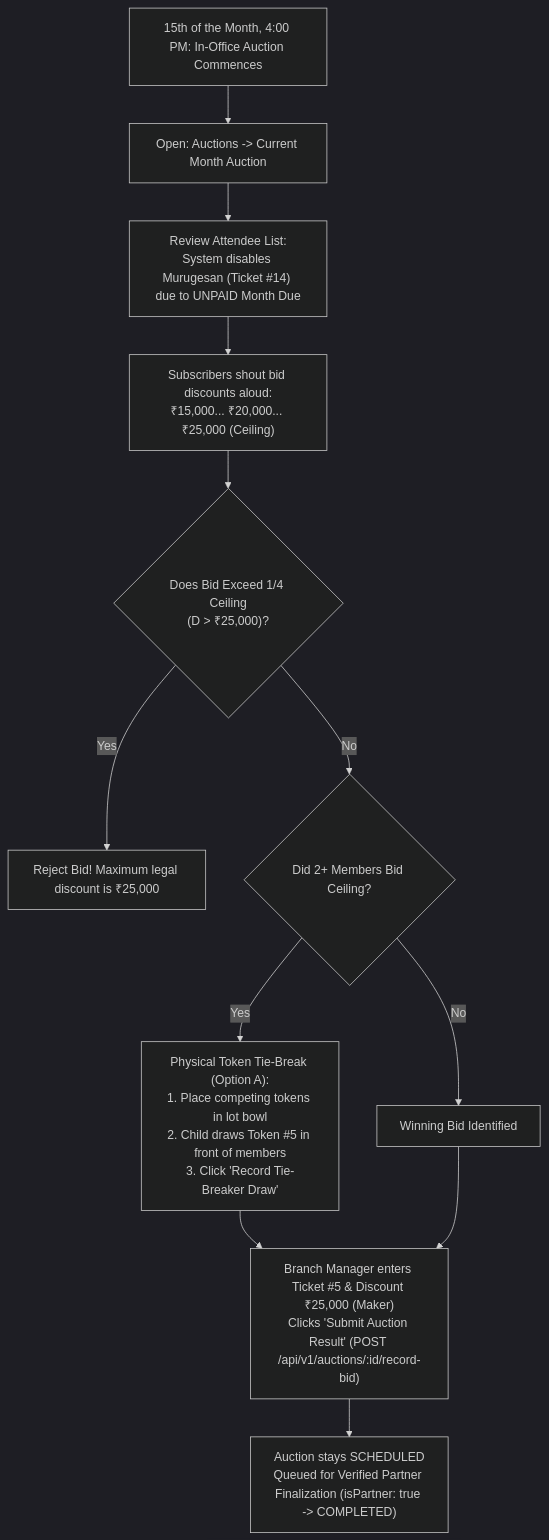
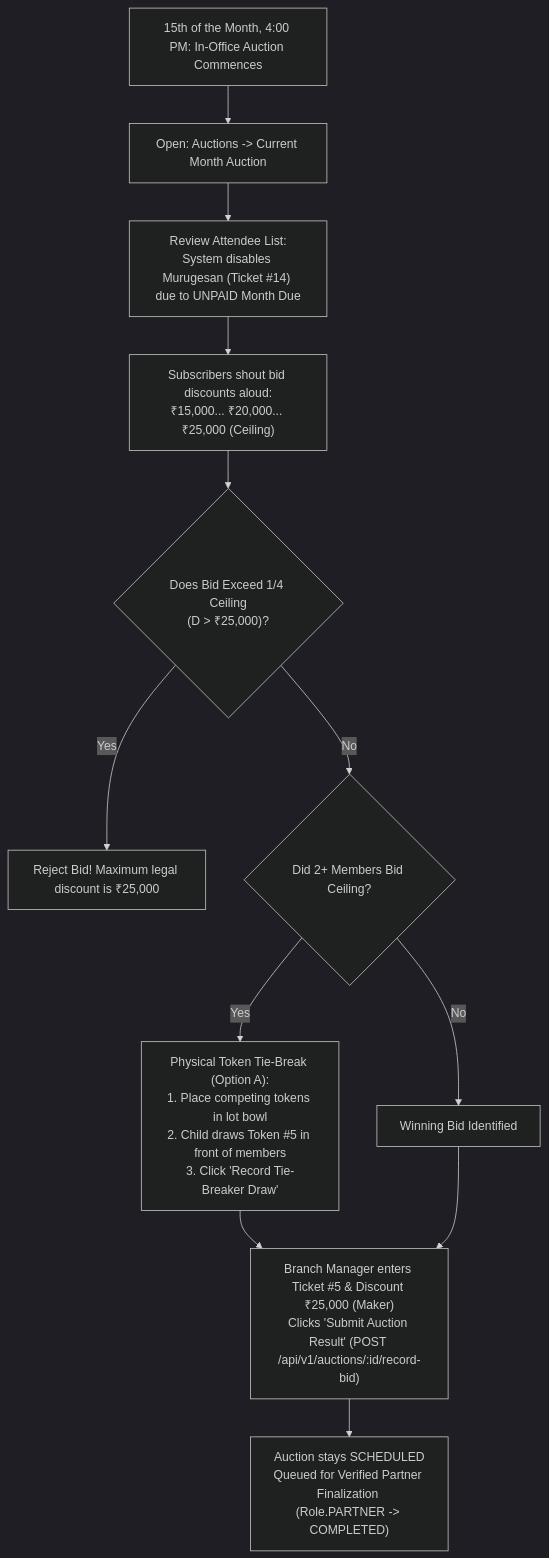
One commit to Kathir-24/Kumaran-finance changed the fifth of 10 diagrams in docs/07-operations/user-manuals/branch-manager-manual.md. Above: the diagram before and after it, drawn with Mermaid (dark theme). The commit also changed other lines of this file and 189 other files, not shown here.

````diff
--- a/docs/07-operations/user-manuals/branch-manager-manual.md
+++ b/docs/07-operations/user-manuals/branch-manager-manual.md
@@ -125,14 +125,14 @@
 ```mermaid
 flowchart TD
     AuctionTime["15th of the Month, 4:00 PM: In-Office Auction Commences"] --> OpenScreen["Open: Auctions -> Current Month Auction"]
     OpenScreen --> EligibilityCheck["Review Attendee List:\nSystem disables Murugesan (Ticket #14) due to UNPAID Month Due"]
     EligibilityCheck --> Shouting["Subscribers shout bid discounts aloud:\n₹15,000... ₹20,000... ₹25,000 (Ceiling)"]
     Shouting --> CeilingCheck{"Does Bid Exceed 1/4 Ceiling\n(D > ₹25,000)?"}
     CeilingCheck -- Yes --> Reject["Reject Bid! Maximum legal discount is ₹25,000"]
     CeilingCheck -- No --> TieCheck{"Did 2+ Members Bid Ceiling?"}
     TieCheck -- Yes --> Draw["Physical Token Tie-Break (Option A):\n1. Place competing tokens in lot bowl\n2. Child draws Token #5 in front of members\n3. Click 'Record Tie-Breaker Draw'"]
     TieCheck -- No --> Single["Winning Bid Identified"]
     Draw --> EnterResult["Branch Manager enters Ticket #5 & Discount ₹25,000 (Maker)\nClicks 'Submit Auction Result' (POST /api/v1/auctions/:id/record-bid)"]
     Single --> EnterResult
-    EnterResult --> AwaitingChecker["Auction stays SCHEDULED\nQueued for Verified Partner Finalization (isPartner: true -> COMPLETED)"]
+    EnterResult --> AwaitingChecker["Auction stays SCHEDULED\nQueued for Verified Partner Finalization (Role.PARTNER -> COMPLETED)"]
 ```
````
